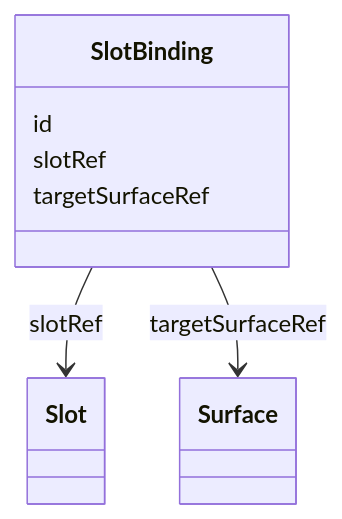
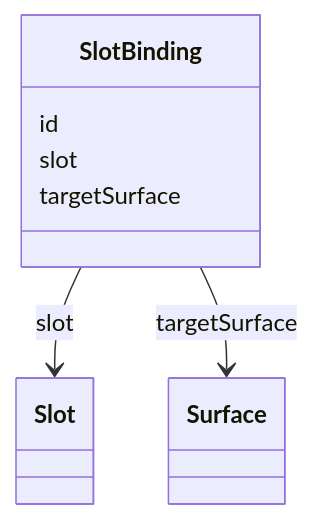
One commit to openuji/spec-ujg changed the fifth of 7 diagrams in specs/ed/modules/design-system/index.md. Above: the diagram before and after it, drawn with Mermaid. The commit also changed other lines of this file and 370 other files, not shown here.

````diff
--- a/specs/ed/modules/design-system/index.md
+++ b/specs/ed/modules/design-system/index.md
@@ -193,12 +174,12 @@
 ```mermaid
 classDiagram
   class Slot
   class Surface
   class SlotBinding {
     id
-    slotRef
-    targetSurfaceRef
+    slot
+    targetSurface
   }
-  SlotBinding --> Slot : slotRef
-  SlotBinding --> Surface : targetSurfaceRef
+  SlotBinding --> Slot : slot
+  SlotBinding --> Surface : targetSurface
 ```
````
